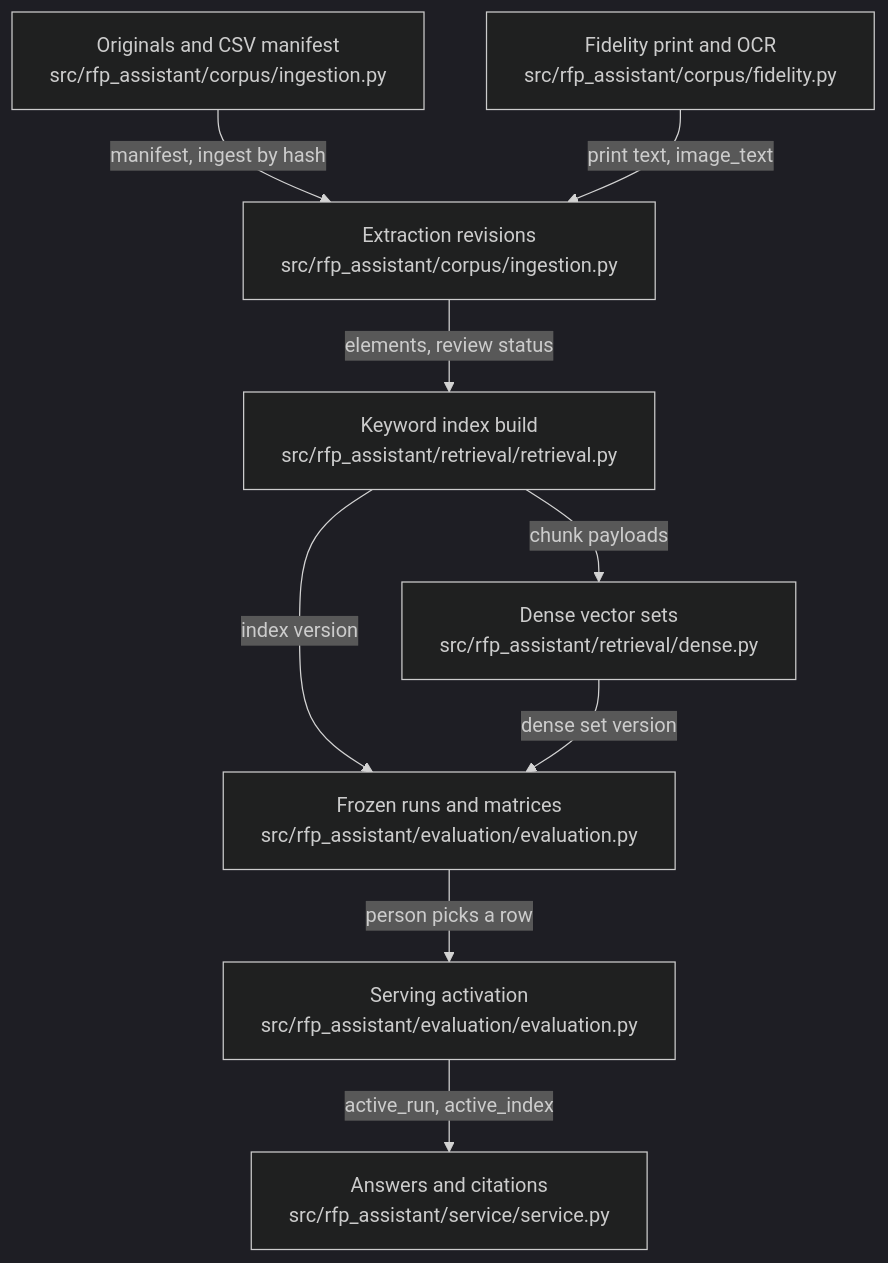
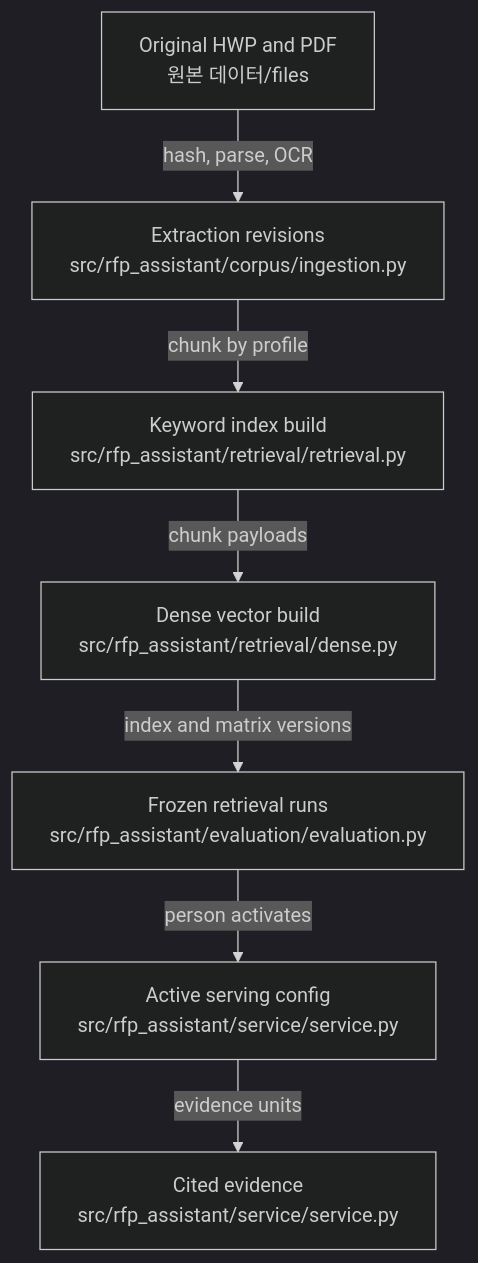
Before and after one commit to littleeeeebit/project-codeit-mid: the diagram in .omm/data-flow/diagram.mmd, drawn with Mermaid (dark theme). The commit also changed 346 other files, not shown here.

Commit message:
Refresh wiki and architecture before merge

```diff
--- a/.omm/data-flow/diagram.mmd
+++ b/.omm/data-flow/diagram.mmd
@@ -1,17 +1,7 @@
 graph TD
-  originals["Originals and CSV manifest\nsrc/rfp_assistant/corpus/ingestion.py"]
-  fidelity-ocr["Fidelity print and OCR\nsrc/rfp_assistant/corpus/fidelity.py"]
-  extractions["Extraction revisions\nsrc/rfp_assistant/corpus/ingestion.py"]
-  keyword-build["Keyword index build\nsrc/rfp_assistant/retrieval/retrieval.py"]
-  dense-build["Dense vector sets\nsrc/rfp_assistant/retrieval/dense.py"]
-  retrieval-runs["Frozen runs and matrices\nsrc/rfp_assistant/evaluation/evaluation.py"]
-  activation["Serving activation\nsrc/rfp_assistant/evaluation/evaluation.py"]
-  cited-evidence["Answers and citations\nsrc/rfp_assistant/service/service.py"]
-  originals -->|manifest, ingest by hash| extractions
-  fidelity-ocr -->|print text, image_text| extractions
-  extractions -->|elements, review status| keyword-build
-  keyword-build -->|chunk payloads| dense-build
-  keyword-build -->|index version| retrieval-runs
-  dense-build -->|dense set version| retrieval-runs
-  retrieval-runs -->|person picks a row| activation
-  activation -->|active_run, active_index| cited-evidence
+  source-originals["Original HWP and PDF\n원본 데이터/files"] -->|"hash, parse, OCR"| extractions["Extraction revisions\nsrc/rfp_assistant/corpus/ingestion.py"]
+  extractions -->|"chunk by profile"| keyword-build["Keyword index build\nsrc/rfp_assistant/retrieval/retrieval.py"]
+  keyword-build -->|"chunk payloads"| dense-build["Dense vector build\nsrc/rfp_assistant/retrieval/dense.py"]
+  dense-build -->|"index and matrix versions"| frozen-runs["Frozen retrieval runs\nsrc/rfp_assistant/evaluation/evaluation.py"]
+  frozen-runs -->|"person activates"| serving-config["Active serving config\nsrc/rfp_assistant/service/service.py"]
+  serving-config -->|"evidence units"| cited-evidence["Cited evidence\nsrc/rfp_assistant/service/service.py"]
```
